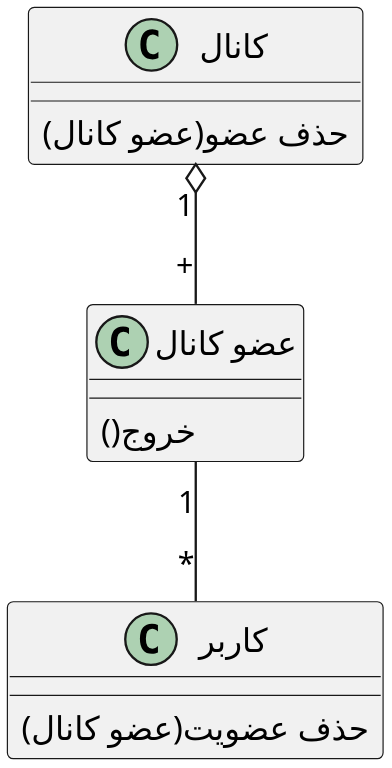
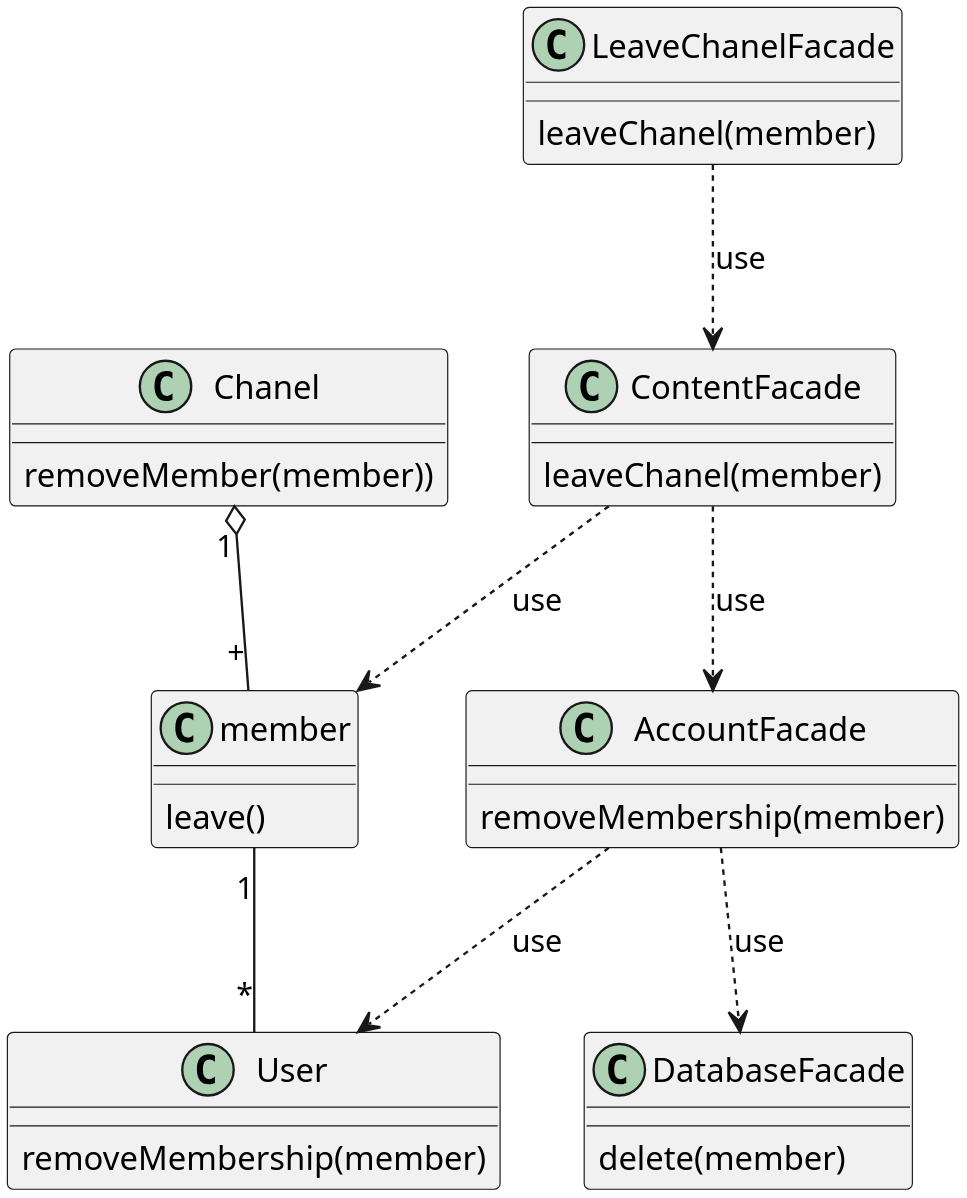
Before and after one commit to soleyman79/Qasedak: the diagram in Diagrams/Design Class/LeaveChanel.puml, drawn with PlantUML.

Commit message:
update Design class: LeaveChanel

```diff
--- a/Diagrams/Design Class/LeaveChanel.puml
+++ b/Diagrams/Design Class/LeaveChanel.puml
@@ -1,24 +1,45 @@
 @startuml leave_chanel
 
 
 scale 3
 skinparam DefaultFontName B Nazanin
 
 
-class "کانال" as chanel {
-    (عضو کانال)حذف عضو
+class "Chanel" as chanel {
+    removeMember(member))
 }
 
-class "عضو کانال" as member {
-    ()خروج
+class "member" as member {
+    leave()
 }
 
-class "کاربر" as user {
-    (عضو کانال)حذف عضویت
+class "User" as user {
+    removeMembership(member)
 }
 
+class LeaveChanelFacade {
+    leaveChanel(member)
+}
+
+class ContentFacade {
+    leaveChanel(member)
+}
+
+class AccountFacade {
+    removeMembership(member)
+}
+
+class DatabaseFacade {
+    delete(member)
+}
+
+member "1" -- "*" user
 chanel "    1" o-- "    +" member
-member "1" -- "*" user
+ContentFacade ..> AccountFacade :use
+ContentFacade ..> member :use
+LeaveChanelFacade ..> ContentFacade :use
+AccountFacade ..> user :use
+AccountFacade ..> DatabaseFacade :use
 
 
 @enduml
```
